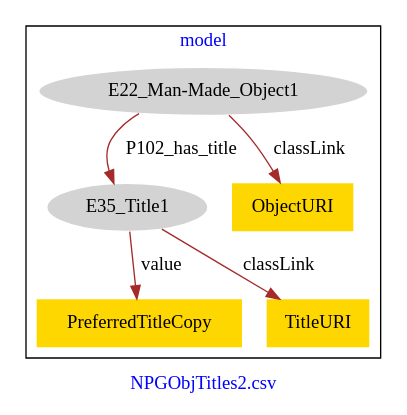
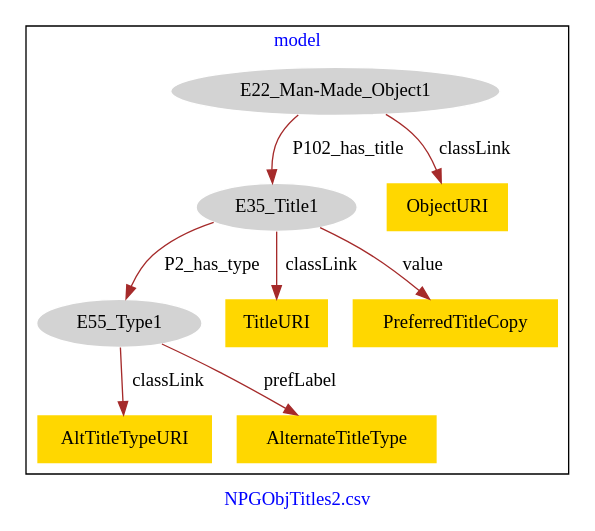
Before and after one commit to american-art/npg: the diagram in NPGObjAltTitles/NPGObjAltTitles2-model.dot, drawn with Graphviz.

Commit message:
Update file NPGObjAltTitles2-model.dot

```diff
--- a/NPGObjAltTitles/NPGObjAltTitles2-model.dot
+++ b/NPGObjAltTitles/NPGObjAltTitles2-model.dot
@@ -1,17 +1,23 @@
 digraph n0 {
 fontcolor="blue"
 remincross="true"
 label="NPGObjTitles2.csv"
 subgraph cluster {
 label="model"
 n2[style="filled",color="white",fillcolor="lightgray",label="E22_Man-Made_Object1"];
 n3[style="filled",color="white",fillcolor="lightgray",label="E35_Title1"];
-n4[shape="plaintext",style="filled",fillcolor="gold",label="ObjectURI"];
-n5[shape="plaintext",style="filled",fillcolor="gold",label="PreferredTitleCopy"];
-n6[shape="plaintext",style="filled",fillcolor="gold",label="TitleURI"];
+n4[style="filled",color="white",fillcolor="lightgray",label="E55_Type1"];
+n5[shape="plaintext",style="filled",fillcolor="gold",label="AltTitleTypeURI"];
+n6[shape="plaintext",style="filled",fillcolor="gold",label="AlternateTitleType"];
+n7[shape="plaintext",style="filled",fillcolor="gold",label="TitleURI"];
+n8[shape="plaintext",style="filled",fillcolor="gold",label="ObjectURI"];
+n9[shape="plaintext",style="filled",fillcolor="gold",label="PreferredTitleCopy"];
 }
 n2 -> n3[color="brown",fontcolor="black",label="P102_has_title"]
-n2 -> n4[color="brown",fontcolor="black",label="classLink"]
-n3 -> n5[color="brown",fontcolor="black",label="value"]
-n3 -> n6[color="brown",fontcolor="black",label="classLink"]
+n3 -> n4[color="brown",fontcolor="black",label="P2_has_type"]
+n4 -> n5[color="brown",fontcolor="black",label="classLink"]
+n4 -> n6[color="brown",fontcolor="black",label="prefLabel"]
+n3 -> n7[color="brown",fontcolor="black",label="classLink"]
+n2 -> n8[color="brown",fontcolor="black",label="classLink"]
+n3 -> n9[color="brown",fontcolor="black",label="value"]
 }
```
